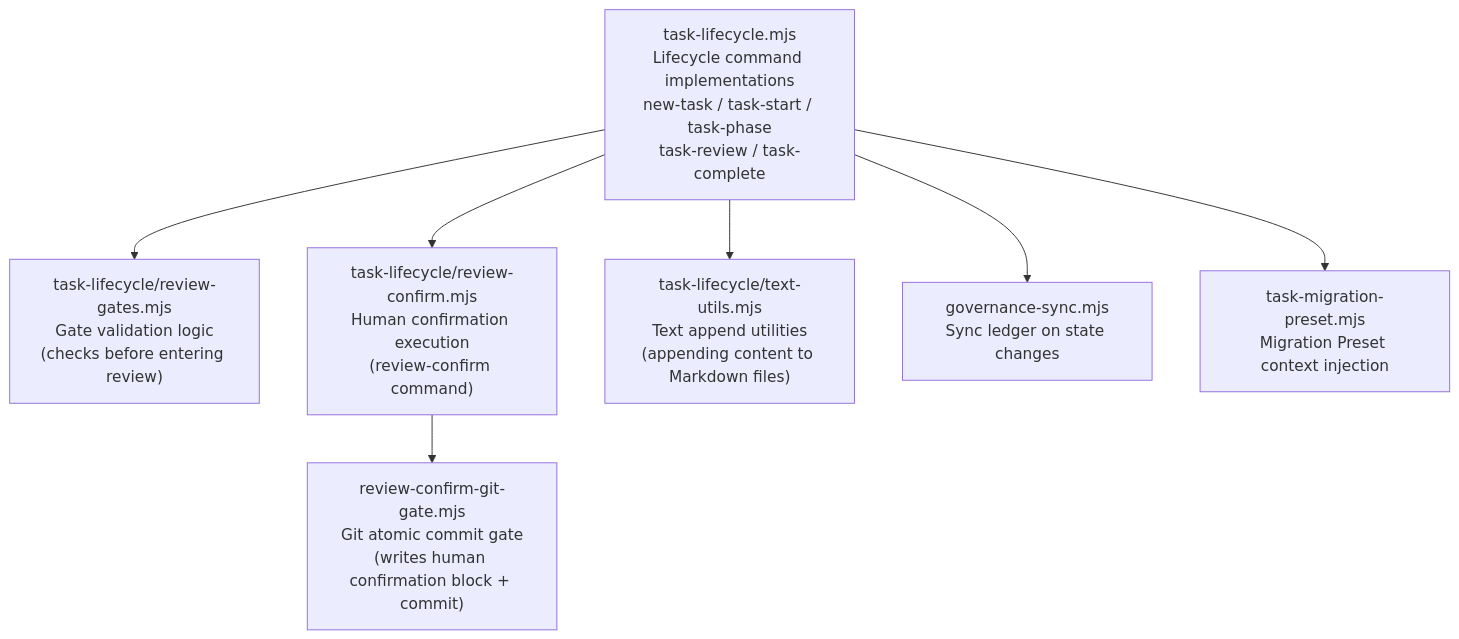
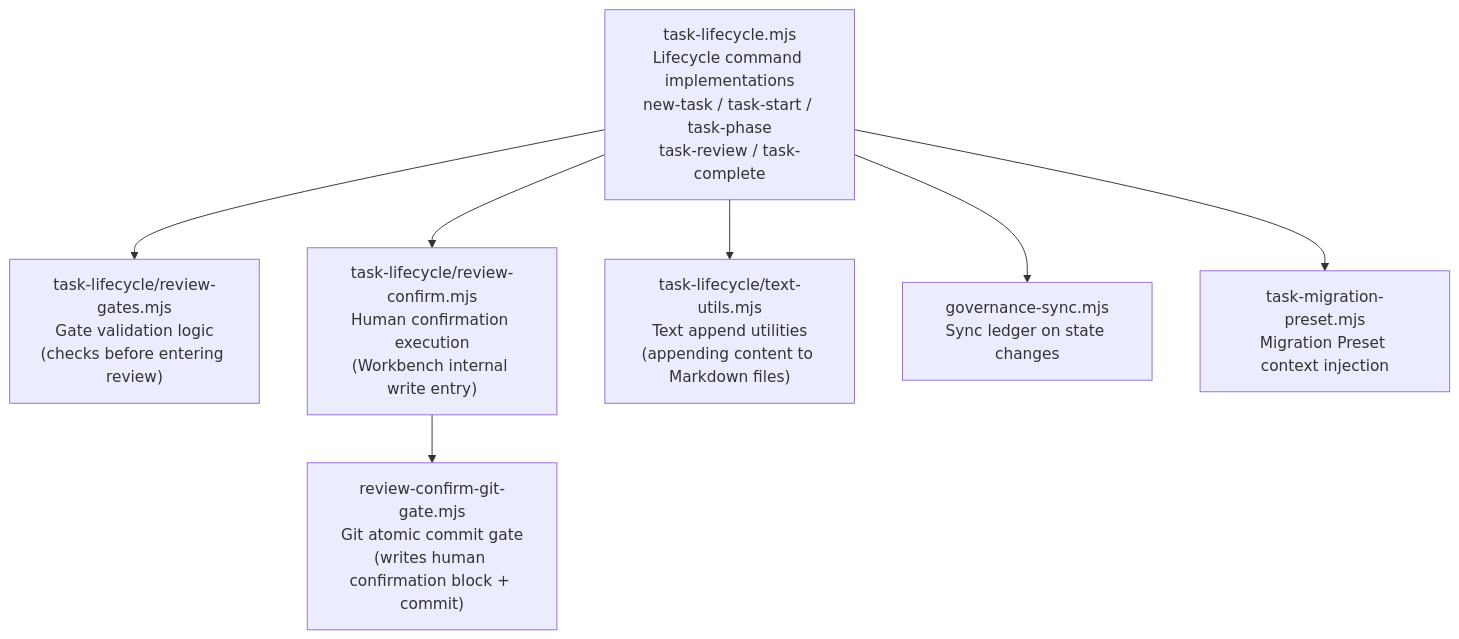
One commit to FairladyZ625/coding-agent-harness changed the eighth of 10 diagrams in docs-release/architecture/system-explainer/en-US/02-module-dependency.md. Above: the diagram before and after it, drawn with Mermaid. The commit also changed other lines of this file and 33 other files, not shown here.

Commit message:
fix: route review confirmation through dashboard

````diff
--- a/docs-release/architecture/system-explainer/en-US/02-module-dependency.md
+++ b/docs-release/architecture/system-explainer/en-US/02-module-dependency.md
@@ -179,12 +179,12 @@
 ```mermaid
 flowchart TD
   TaskLifecycle["task-lifecycle.mjs\nLifecycle command implementations\nnew-task / task-start / task-phase\ntask-review / task-complete"]
 
   TaskLifecycle --> ReviewGates["task-lifecycle/review-gates.mjs\nGate validation logic\n(checks before entering review)"]
-  TaskLifecycle --> ReviewConfirm["task-lifecycle/review-confirm.mjs\nHuman confirmation execution\n(review-confirm command)"]
+  TaskLifecycle --> ReviewConfirm["task-lifecycle/review-confirm.mjs\nHuman confirmation execution\n(Workbench internal write entry)"]
   TaskLifecycle --> TextUtils["task-lifecycle/text-utils.mjs\nText append utilities\n(appending content to Markdown files)"]
   TaskLifecycle --> GovSync["governance-sync.mjs\nSync ledger on state changes"]
   TaskLifecycle --> MigPreset["task-migration-preset.mjs\nMigration Preset context injection"]
 
   ReviewConfirm --> GitGate["review-confirm-git-gate.mjs\nGit atomic commit gate\n(writes human confirmation block + commit)"]
 ```
````
